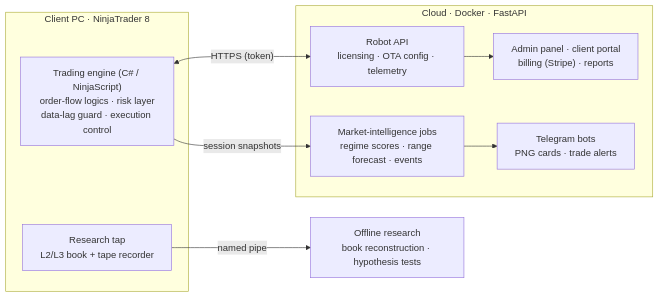
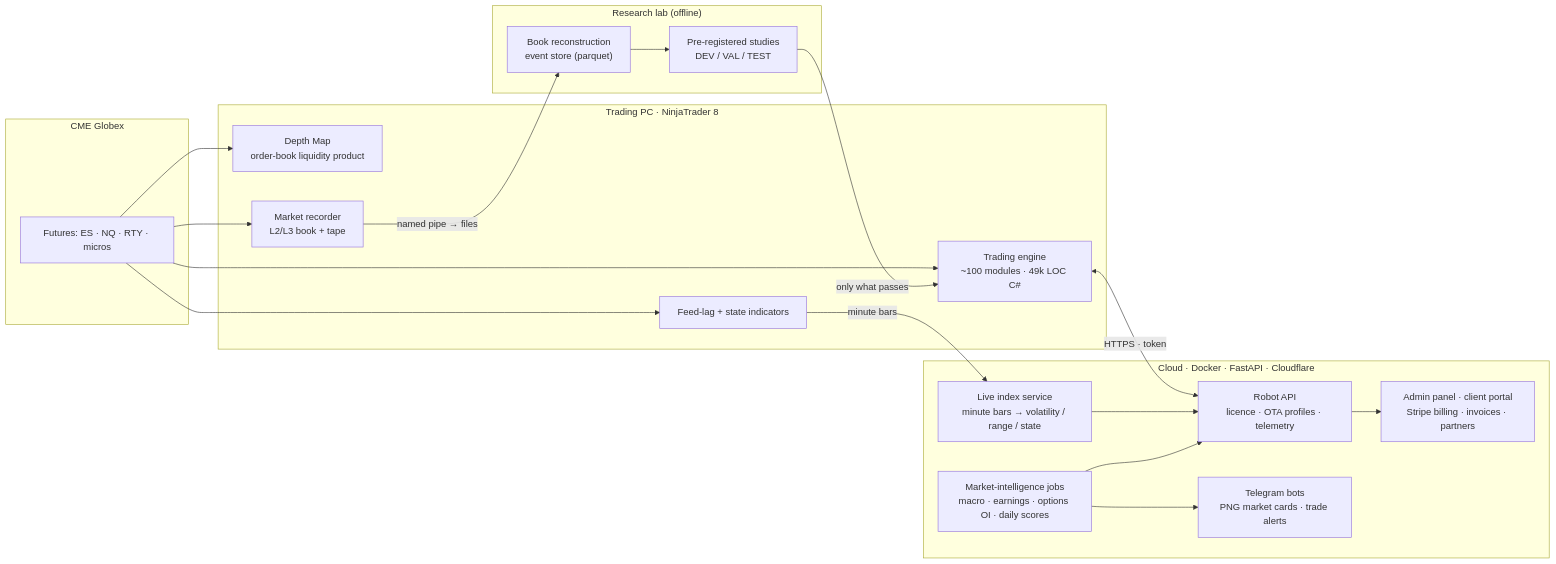
One commit to sergeyrokossovsky-rgb/quantstate-showcase changed the diagram in README.md. Above: the diagram before and after it, drawn with Mermaid. The commit also changed other lines of this file and 23 other files, not shown here.

Commit message:
Showcase v2: system description, research record, engineering log, new modules

````diff
--- a/README.md
+++ b/README.md
@@ -13,18 +36,31 @@
 ```mermaid
 flowchart LR
-  subgraph PC["Client PC · NinjaTrader 8"]
-    E["Trading engine (C# / NinjaScript)<br/>order-flow logics · risk layer<br/>data-lag guard · execution control"]
-    R["Research tap<br/>L2/L3 book + tape recorder"]
+  subgraph Exchange["CME Globex"]
+    MD["Futures: ES · NQ · RTY · micros"]
   end
-  subgraph Cloud["Cloud · Docker · FastAPI"]
-    A["Robot API<br/>licensing · OTA config · telemetry"]
-    I["Market-intelligence jobs<br/>regime scores · range forecast · events"]
-    W["Admin panel · client portal<br/>billing (Stripe) · reports"]
-    T["Telegram bots<br/>PNG cards · trade alerts"]
+  subgraph PC["Trading PC · NinjaTrader 8"]
+    ENG["Trading engine<br/>~100 modules · 49k LOC C#"]
+    DM["Depth Map<br/>order-book liquidity product"]
+    FL["Feed-lag + state indicators"]
+    RW["Market recorder<br/>L2/L3 book + tape"]
   end
-  E <-- "HTTPS (token)" --> A
-  E -- "session snapshots" --> I
-  I --> T
-  A --> W
-  R -- "named pipe" --> L["Offline research<br/>book reconstruction · hypothesis tests"]
+  subgraph Cloud["Cloud · Docker · FastAPI · Cloudflare"]
+    API["Robot API<br/>licence · OTA profiles · telemetry"]
+    LIVE["Live index service<br/>minute bars → volatility / range / state"]
+    INTEL["Market-intelligence jobs<br/>macro · earnings · options OI · daily scores"]
+    ADM["Admin panel · client portal<br/>Stripe billing · invoices · partners"]
+    TG["Telegram bots<br/>PNG market cards · trade alerts"]
+  end
+  subgraph Lab["Research lab (offline)"]
+    REC["Book reconstruction<br/>event store (parquet)"]
+    HYP["Pre-registered studies<br/>DEV / VAL / TEST"]
+  end
+  MD --> ENG & DM & FL & RW
+  ENG <-- "HTTPS · token" --> API
+  FL -- "minute bars" --> LIVE
+  LIVE --> API
+  INTEL --> API & TG
+  API --> ADM
+  RW -- "named pipe → files" --> REC --> HYP
+  HYP -- "only what passes" --> ENG
 ```
````
